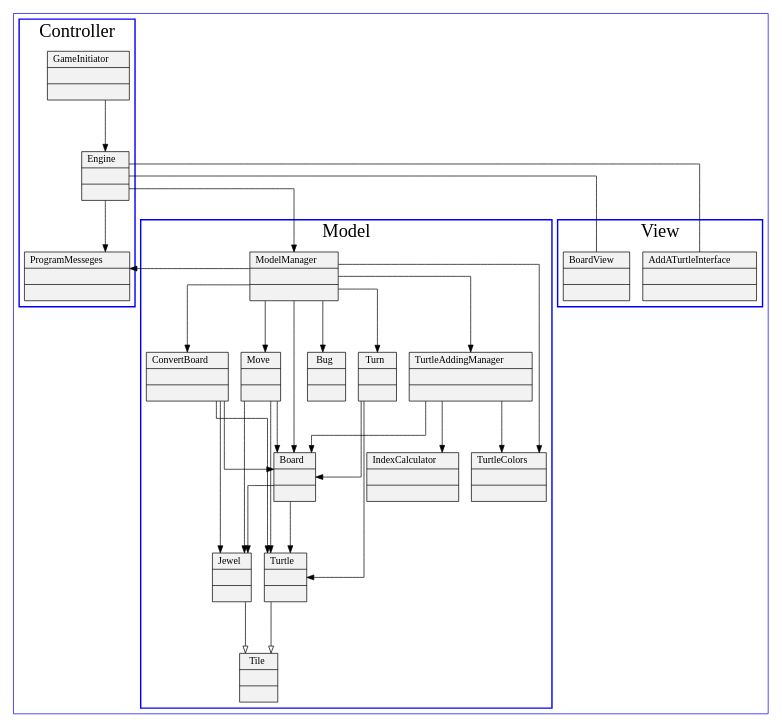
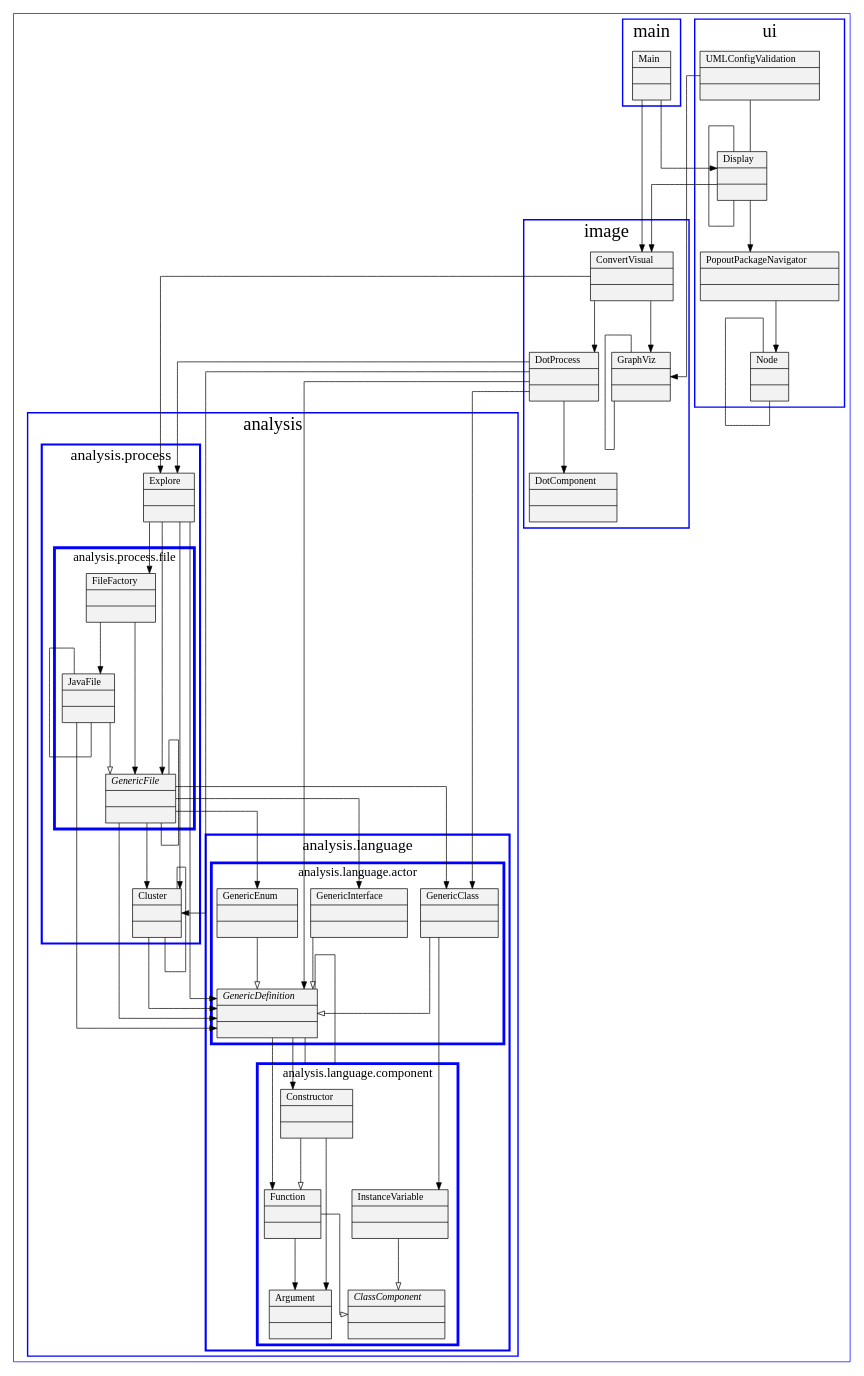
One commit to Reithger/Project-Diagram-Generator changed the diagram in dotsource.dot. Above: the diagram before and after it, drawn with Graphviz. The commit also changed 46 other files, not shown here.

Commit message:
Major refactoring, have super reduced dependencies and made some design choices. Too much to write right now, unfortunately, check the new default UML for the project.

```diff
--- a/dotsource.dot
+++ b/dotsource.dot
@@ -1,90 +1,151 @@
 digraph G {
 	node[shape=record,style=filled,fillcolor=gray95];
 	edge[concentrate=true];
 	graph[splines = ortho, ranksep = 1, ratio = fill, color=blue];
 	rankdir = TB;
 
-	n0 [label = <{ConvertBoard||}>];
-	n1 [label = <{GameInitiator||}>];
-	n2 [label = <{Move||}>];
-	n3 [label = <{Tile||}>];
-	n4 [label = <{TurtleColors||}>];
-	n5 [label = <{Bug||}>];
-	n6 [label = <{IndexCalculator||}>];
-	n7 [label = <{Turtle||}>];
-	n8 [label = <{Engine||}>];
-	n9 [label = <{ProgramMesseges||}>];
-	n10 [label = <{ModelManager||}>];
-	n11 [label = <{TurtleAddingManager||}>];
-	n12 [label = <{Turn||}>];
-	n13 [label = <{Jewel||}>];
-	n14 [label = <{AddATurtleInterface||}>];
-	n15 [label = <{BoardView||}>];
-	n16 [label = <{Board||}>];
+	n0 [label = <{Function||}>];
+	n1 [label = <{JavaFile||}>];
+	n2 [label = <{ConvertVisual||}>];
+	n3 [label = <{PopoutPackageNavigator||}>];
+	n4 [label = <{UMLConfigValidation||}>];
+	n5 [label = <{InstanceVariable||}>];
+	n6 [label = <{Cluster||}>];
+	n7 [label = <{DotProcess||}>];
+	n8 [label = <{GenericInterface||}>];
+	n9 [label = <{Argument||}>];
+	n10 [label = <{DotComponent||}>];
+	n11 [label = <{<i>GenericFile</i>||}>];
+	n12 [label = <{Display||}>];
+	n13 [label = <{Constructor||}>];
+	n14 [label = <{GraphViz||}>];
+	n15 [label = <{GenericEnum||}>];
+	n16 [label = <{GenericClass||}>];
+	n17 [label = <{<i>ClassComponent</i>||}>];
+	n18 [label = <{FileFactory||}>];
+	n19 [label = <{Main||}>];
+	n20 [label = <{Node||}>];
+	n21 [label = <{<i>GenericDefinition</i>||}>];
+	n22 [label = <{Explore||}>];
 	subgraph cluster_{
 		label = "";
 		fontsize = 30;
 		penwidth = 1;
-		subgraph cluster_Controller{
-			label = "Controller";
+		subgraph cluster_analysis{
+			label = "analysis";
 			fontsize = 26;
 			penwidth = 2;
-			n1;
-			n9;
-			n8;
+			subgraph cluster_analysis_language{
+				label = "analysis.language";
+				fontsize = 22;
+				penwidth = 3;
+				subgraph cluster_analysis_language_actor{
+					label = "analysis.language.actor";
+					fontsize = 18;
+					penwidth = 4;
+					n21;
+					n15;
+					n16;
+					n8;
+				}
+				subgraph cluster_analysis_language_component{
+					label = "analysis.language.component";
+					fontsize = 18;
+					penwidth = 4;
+					n13;
+					n0;
+					n5;
+					n9;
+					n17;
+				}
+			}
+			subgraph cluster_analysis_process{
+				label = "analysis.process";
+				fontsize = 22;
+				penwidth = 3;
+				n6;
+				n22;
+				subgraph cluster_analysis_process_file{
+					label = "analysis.process.file";
+					fontsize = 18;
+					penwidth = 4;
+					n1;
+					n18;
+					n11;
+				}
+			}
 		}
-		subgraph cluster_Model{
-			label = "Model";
+		subgraph cluster_image{
+			label = "image";
 			fontsize = 26;
 			penwidth = 2;
-			n11;
-			n6;
-			n13;
+			n10;
+			n7;
+			n14;
 			n2;
-			n12;
-			n3;
-			n10;
-			n4;
-			n7;
-			n5;
-			n0;
-			n16;
 		}
-		subgraph cluster_View{
-			label = "View";
+		subgraph cluster_main{
+			label = "main";
 			fontsize = 26;
 			penwidth = 2;
-			n14;
-			n15;
+			n19;
+		}
+		subgraph cluster_ui{
+			label = "ui";
+			fontsize = 26;
+			penwidth = 2;
+			n3;
+			n4;
+			n12;
+			n20;
 		}
 	}
-	n0 -> n16[arrowhead=normal];
-	n0 -> n7[arrowhead=normal];
-	n0 -> n13[arrowhead=normal];
-	n1 -> n8[arrowhead=normal];
-	n2 -> n16[arrowhead=normal];
+	n0 -> n17[arrowhead=onormal];
+	n0 -> n9[arrowhead=normal];
+	n1 -> n11[arrowhead=onormal];
+	n1 -> n21[arrowhead=normal];
+	n1 -> n1[arrowhead=none];
+	n2 -> n22[arrowhead=normal];
 	n2 -> n7[arrowhead=normal];
-	n2 -> n13[arrowhead=normal];
-	n7 -> n3[arrowhead=onormal];
-	n8 -> n10[arrowhead=normal];
-	n8 -> n14[arrowhead=none];
-	n8 -> n15[arrowhead=none];
-	n8 -> n9[arrowhead=normal];
-	n10 -> n9[arrowhead=normal];
-	n10 -> n16[arrowhead=normal];
-	n10 -> n5[arrowhead=normal];
-	n10 -> n4[arrowhead=normal];
-	n10 -> n11[arrowhead=normal];
-	n10 -> n0[arrowhead=normal];
-	n10 -> n2[arrowhead=normal];
-	n10 -> n12[arrowhead=normal];
+	n2 -> n14[arrowhead=normal];
+	n3 -> n20[arrowhead=normal];
+	n4 -> n14[arrowhead=normal];
+	n4 -> n12[arrowhead=none];
+	n5 -> n17[arrowhead=onormal];
+	n6 -> n21[arrowhead=normal];
+	n6 -> n6[arrowhead=none];
+	n7 -> n16[arrowhead=normal];
+	n7 -> n21[arrowhead=normal];
+	n7 -> n6[arrowhead=normal];
+	n7 -> n22[arrowhead=normal];
+	n7 -> n10[arrowhead=normal];
+	n8 -> n21[arrowhead=onormal];
 	n11 -> n16[arrowhead=normal];
-	n11 -> n4[arrowhead=normal];
+	n11 -> n21[arrowhead=normal];
+	n11 -> n15[arrowhead=normal];
+	n11 -> n8[arrowhead=normal];
 	n11 -> n6[arrowhead=normal];
-	n12 -> n16[arrowhead=normal];
-	n12 -> n7[arrowhead=normal];
-	n13 -> n3[arrowhead=onormal];
-	n16 -> n7[arrowhead=normal];
-	n16 -> n13[arrowhead=normal];
+	n11 -> n11[arrowhead=none];
+	n12 -> n2[arrowhead=normal];
+	n12 -> n3[arrowhead=normal];
+	n12 -> n12[arrowhead=none];
+	n13 -> n0[arrowhead=onormal];
+	n13 -> n9[arrowhead=normal];
+	n14 -> n14[arrowhead=none];
+	n15 -> n21[arrowhead=onormal];
+	n16 -> n21[arrowhead=onormal];
+	n16 -> n5[arrowhead=normal];
+	n18 -> n11[arrowhead=normal];
+	n18 -> n1[arrowhead=normal];
+	n19 -> n2[arrowhead=normal];
+	n19 -> n12[arrowhead=normal];
+	n20 -> n20[arrowhead=none];
+	n21 -> n13[arrowhead=normal];
+	n21 -> n0[arrowhead=normal];
+	n21 -> n21[arrowhead=none];
+	n22 -> n21[arrowhead=normal];
+	n22 -> n18[arrowhead=normal];
+	n22 -> n11[arrowhead=normal];
+	n22 -> n6[arrowhead=normal];
 
 }
```
